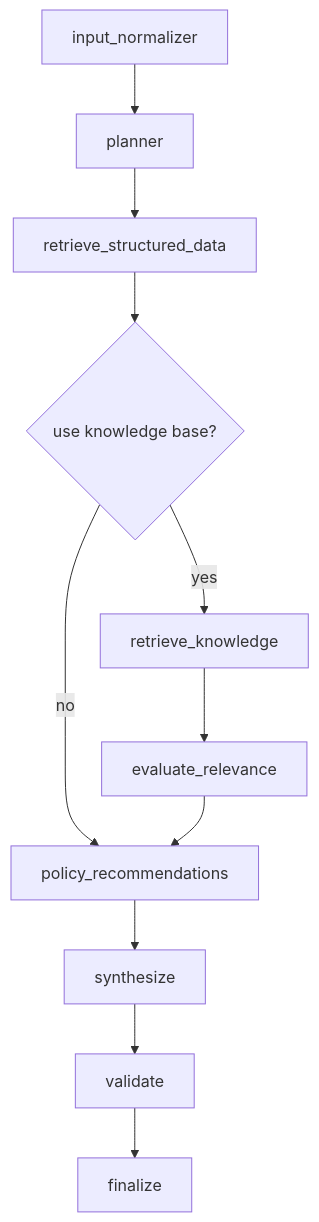
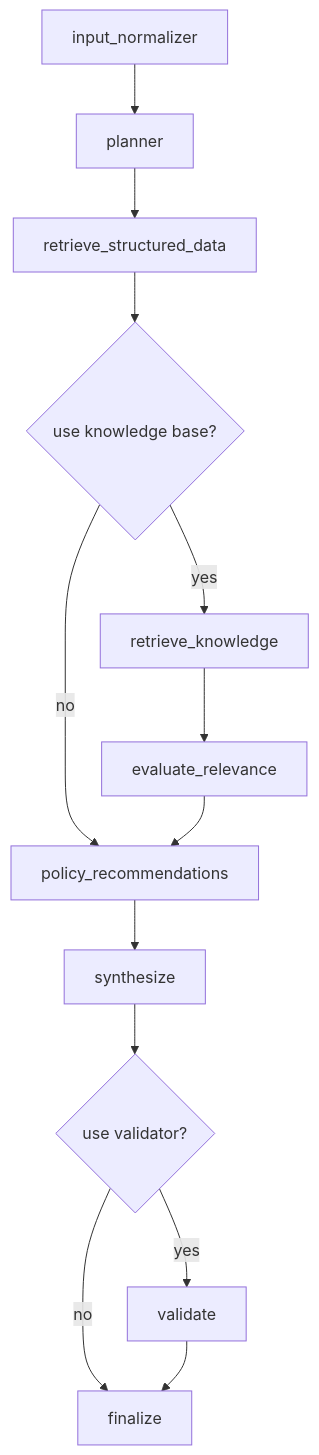
Before and after one commit to brunodev421/projeto-tau: the second of 2 diagrams in docs/architecture.md, drawn with Mermaid. The commit also changed other lines of this file and 8 other files, not shown here.

````diff
--- a/docs/architecture.md
+++ b/docs/architecture.md
@@ -22,13 +22,15 @@
 ```mermaid
 flowchart TD
     A[input_normalizer] --> B[planner]
     B --> C[retrieve_structured_data]
     C --> D{use knowledge base?}
     D -->|yes| E[retrieve_knowledge]
     D -->|no| G[policy_recommendations]
     E --> F[evaluate_relevance]
     F --> G
     G --> H[synthesize]
-    H --> I[validate]
-    I --> J[finalize]
+    H --> I{use validator?}
+    I -->|yes| J[validate]
+    I -->|no| K[finalize]
+    J --> K
 ```
````
